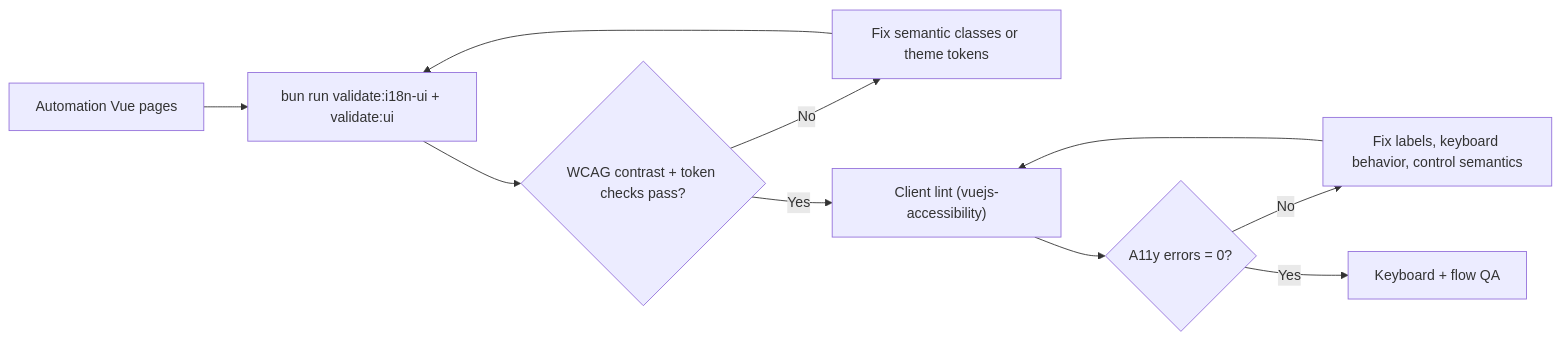
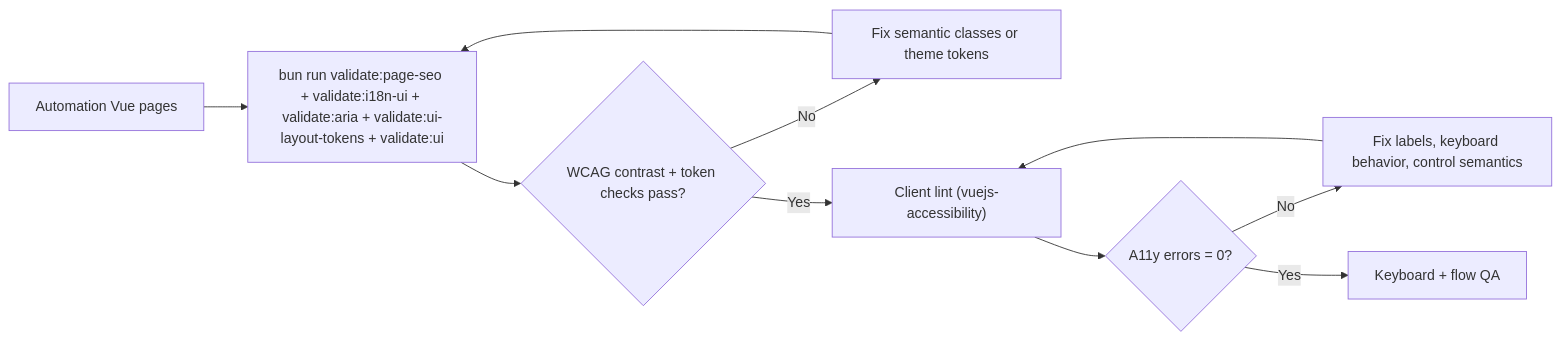
Before and after one commit to d4551/baobuildbuddy: the second of 2 diagrams in docs/AUTOMATION.md, drawn with Mermaid. The commit also changed other lines of this file and 69 other files, not shown here.

````diff
--- a/docs/AUTOMATION.md
+++ b/docs/AUTOMATION.md
@@ -244,12 +253,12 @@
 ```mermaid
 flowchart LR
-  UI["Automation Vue pages"] --> ValidateUI["bun run validate:i18n-ui + validate:ui"]
+  UI["Automation Vue pages"] --> ValidateUI["bun run validate:page-seo + validate:i18n-ui + validate:aria + validate:ui-layout-tokens + validate:ui"]
   ValidateUI --> ColorState{"WCAG contrast + token checks pass?"}
   ColorState -->|No| ColorFix["Fix semantic classes or theme tokens"]
   ColorFix --> ValidateUI
   ColorState -->|Yes| A11yLint["Client lint (vuejs-accessibility)"]
   A11yLint --> A11yState{"A11y errors = 0?"}
   A11yState -->|No| A11yFix["Fix labels, keyboard behavior, control semantics"]
   A11yFix --> A11yLint
   A11yState -->|Yes| QA["Keyboard + flow QA"]
 ```
````
